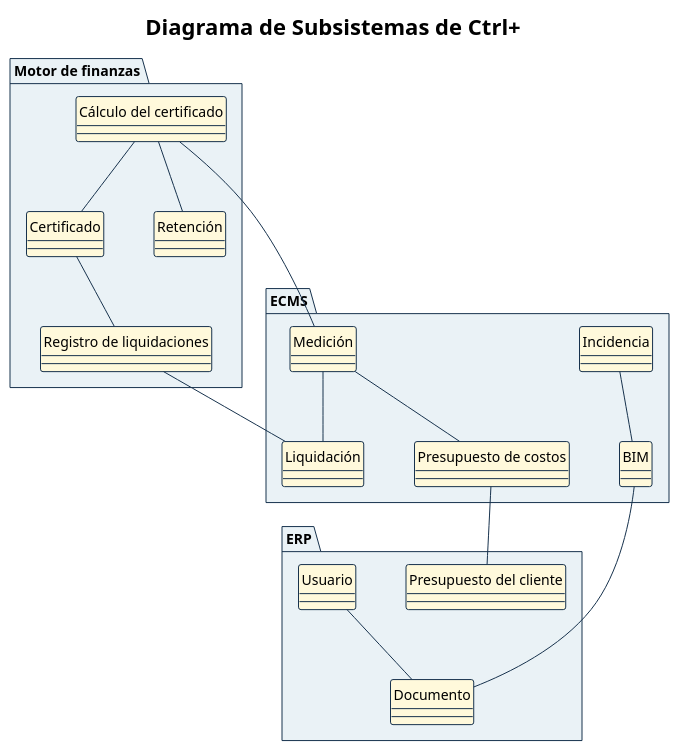
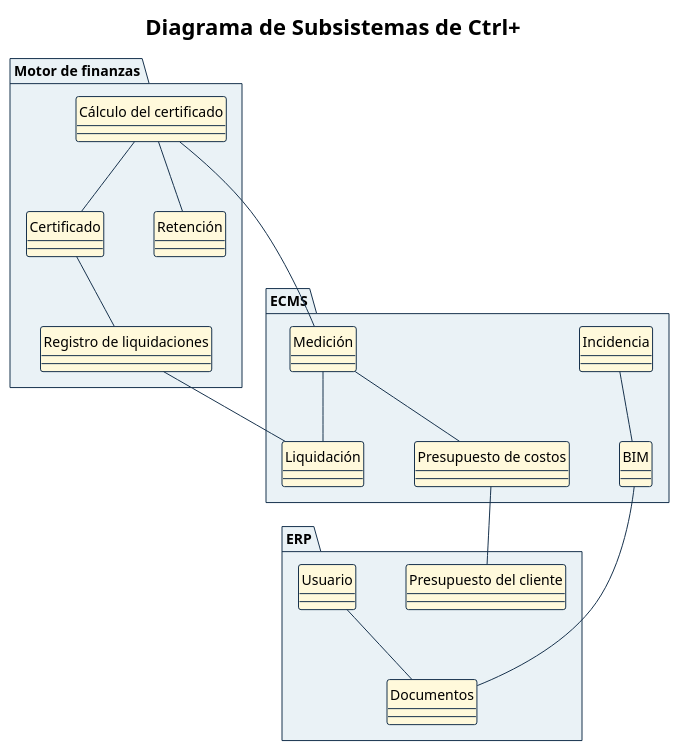
Before and after one commit to Ssrrb/tpf-uca: the diagram in diagramas/CU-00-paquetes.puml, drawn with PlantUML.

Commit message:
Renombrar clase Documento a Documentos en diagrama de subsistemas
Claude-Session: https://claude.ai/code/session_01SsyG3wUJjJavC4bKm9ePMa

```diff
--- a/diagramas/CU-00-paquetes.puml
+++ b/diagramas/CU-00-paquetes.puml
@@ -1,82 +1,82 @@
 @startuml
 !theme plain
 skinparam style strictuml
 skinparam shadowing false
 skinparam defaultFontName Arial
 skinparam defaultFontSize 14
 skinparam ArrowColor #17324D
 skinparam activity {
   StartColor #17324D
   EndColor #17324D
   BarColor #17324D
   BackgroundColor #F5F8FA
   BorderColor #17324D
   DiamondBackgroundColor #EAF2F6
   DiamondBorderColor #17324D
 }
 skinparam swimlane {
   BorderColor #17324D
   TitleBackgroundColor #EAF2F6
 }
 skinparam state {
   StartColor #17324D
   EndColor #17324D
   BackgroundColor #F5F8FA
   BorderColor #17324D
 }
 skinparam package {
   BackgroundColor #EAF2F6
   BorderColor #17324D
 }
 skinparam note {
   BackgroundColor #FFFFFF
   BorderColor #17324D
 }
 title Diagrama de Subsistemas de Ctrl+
 skinparam nodesep 50
 skinparam ranksep 70
 skinparam package {
   BackgroundColor #EAF2F6
   BorderColor #17324D
 }
 
 
 show circle
 skinparam classBackgroundColor #FFF9DB
 skinparam classBorderColor #17324D
 
 package "Motor de finanzas" {
   class "Cálculo del certificado" as CalculoCertificado
   class "Certificado" as Certificado
   class "Registro de liquidaciones" as RegistroLiquidacion
   class "Retención" as Retencion
 }
 
 package "ECMS" {
   class "Medición" as Medicion
   class "Liquidación" as Liquidacion
   class "Presupuesto de costos" as PresupuestoCostos
   class "Incidencia" as Incidencia
   class "BIM" as Modelo
 }
 
 package "ERP" {
   class "Presupuesto del cliente" as Contrato
   class "Usuario" as Usuario
-  class "Documento" as Documento
+  class "Documentos" as Documento
 }
 
 CalculoCertificado -- Certificado
 CalculoCertificado -- Retencion
 Certificado -- RegistroLiquidacion
 Medicion -- Liquidacion
 Medicion -- PresupuestoCostos
 Incidencia -- Modelo
 
 CalculoCertificado -- Medicion
 RegistroLiquidacion -- Liquidacion
 PresupuestoCostos -- Contrato
 Usuario -- Documento
 Modelo -- Documento
 
 @enduml
```
